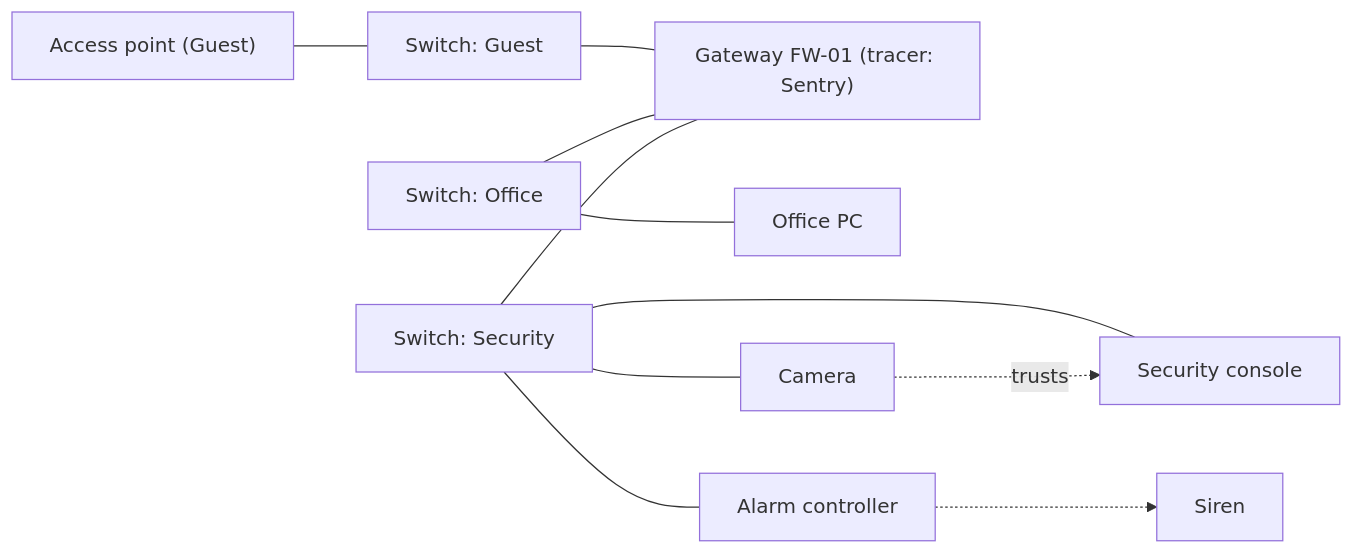
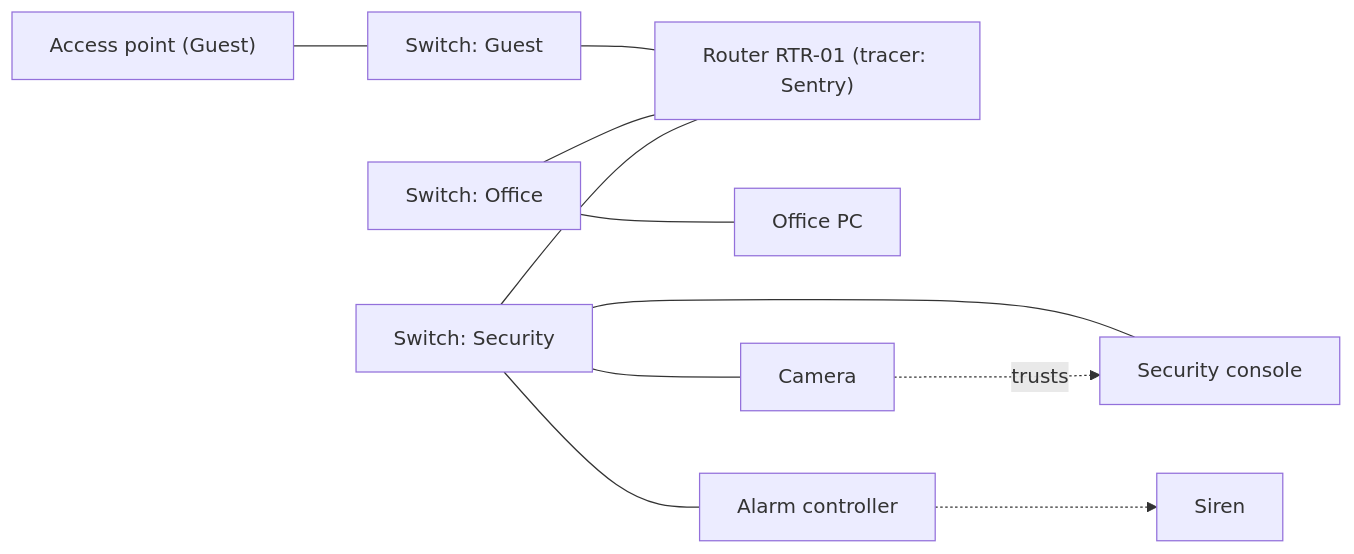
Before and after one commit to matts2cant/im-sim-proto: the diagram in design/game/hacking.md, drawn with Mermaid. The commit also changed other lines of this file and 49 other files, not shown here.

Commit message:
Rename gateways to routers (Router, RouterRule, router.tscn; FW-01/02 become RTR-01/02)

````diff
--- a/design/game/hacking.md
+++ b/design/game/hacking.md
@@ -53,13 +53,13 @@
 ```mermaid
 flowchart LR
     AP["Access point (Guest)"] --- SWG["Switch: Guest"]
-    SWG --- FW["Gateway FW-01 (tracer: Sentry)"]
+    SWG --- FW["Router RTR-01 (tracer: Sentry)"]
     SWO["Switch: Office"] --- FW
     SWS["Switch: Security"] --- FW
     SWO --- PC["Office PC"]
     SWS --- SC["Security console"]
     SWS --- CAM["Camera"]
     SWS --- AC["Alarm controller"]
     AC -.-> SIR["Siren"]
     CAM -.trusts.-> SC
 ```
````
